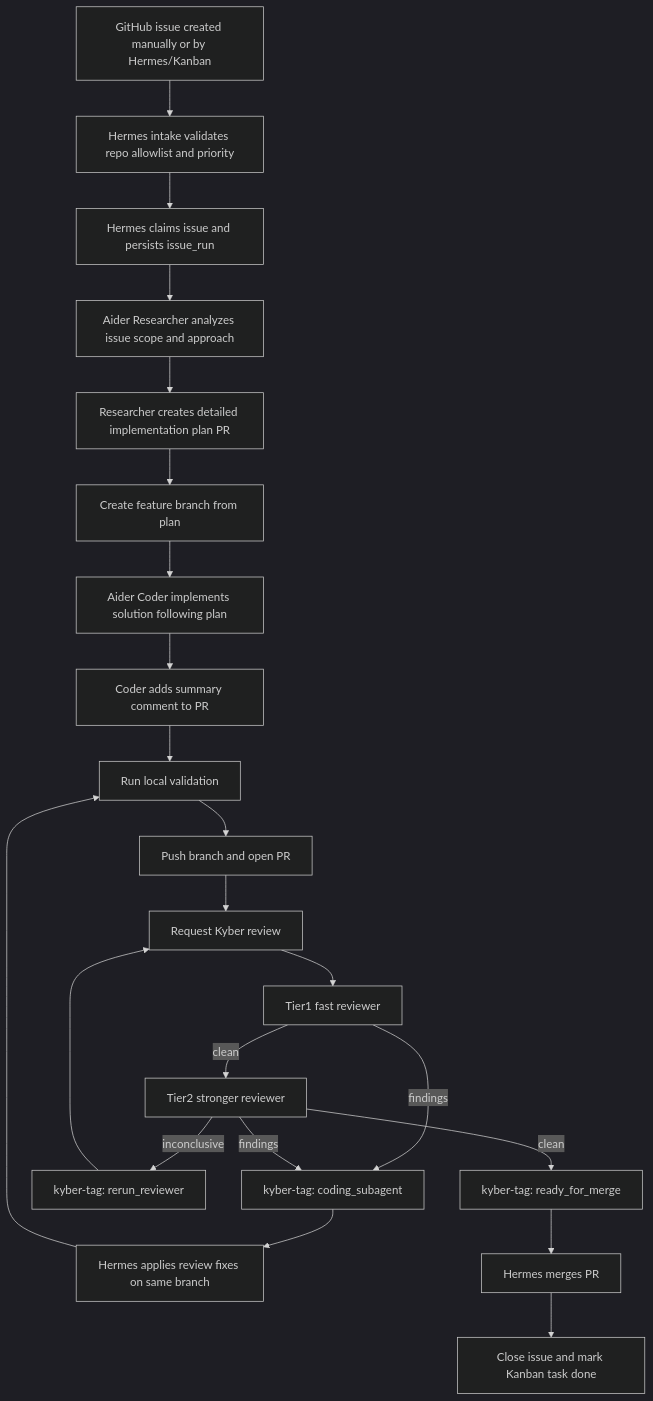
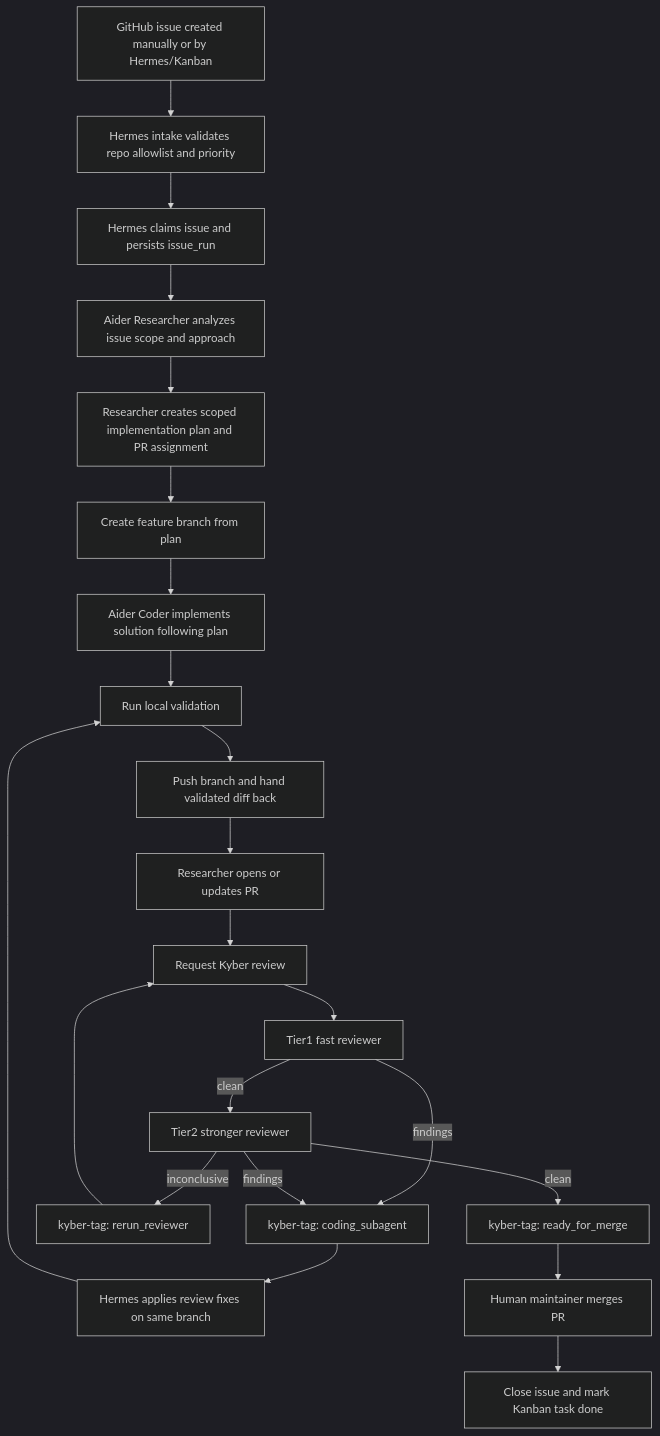
Before and after one commit to m0nklabs/kyberm0nk: the diagram in docs/ARCHITECTURE.md, drawn with Mermaid (dark theme). The commit also changed other lines of this file and 3 other files, not shown here.

````diff
--- a/docs/ARCHITECTURE.md
+++ b/docs/ARCHITECTURE.md
@@ -70,24 +71,24 @@
 ```mermaid
 flowchart TD
     A[GitHub issue created manually or by Hermes/Kanban] --> B[Hermes intake validates repo allowlist and priority]
     B --> C[Hermes claims issue and persists issue_run]
     C --> D[Aider Researcher analyzes issue scope and approach]
-    D --> E[Researcher creates detailed implementation plan PR]
+    D --> E[Researcher creates scoped implementation plan and PR assignment]
     E --> F[Create feature branch from plan]
     F --> G[Aider Coder implements solution following plan]
-    G --> H[Coder adds summary comment to PR]
-    H --> I[Run local validation]
-    I --> J[Push branch and open PR]
+    G --> H[Run local validation]
+    H --> I[Push branch and hand validated diff back]
+    I --> J[Researcher opens or updates PR]
     J --> K[Request Kyber review]
     K --> L[Tier1 fast reviewer]
     L -->|clean| M[Tier2 stronger reviewer]
     L -->|findings| N[kyber-tag: coding_subagent]
     M -->|findings| N
     M -->|inconclusive| O[kyber-tag: rerun_reviewer]
     M -->|clean| P[kyber-tag: ready_for_merge]
     N --> Q[Hermes applies review fixes on same branch]
-    Q --> I
+    Q --> H
     O --> K
-    P --> R[Hermes merges PR]
+    P --> R[Human maintainer merges PR]
     R --> S[Close issue and mark Kanban task done]
 ```
````
